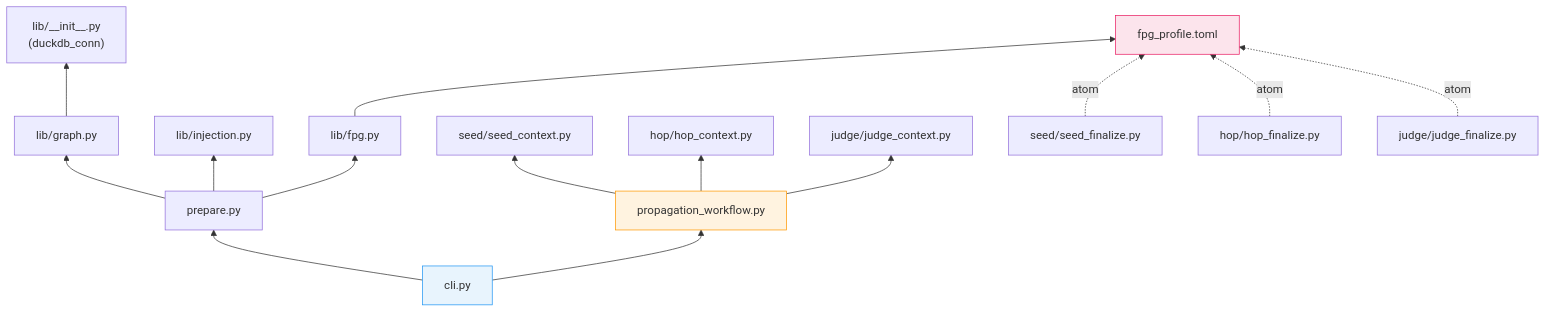
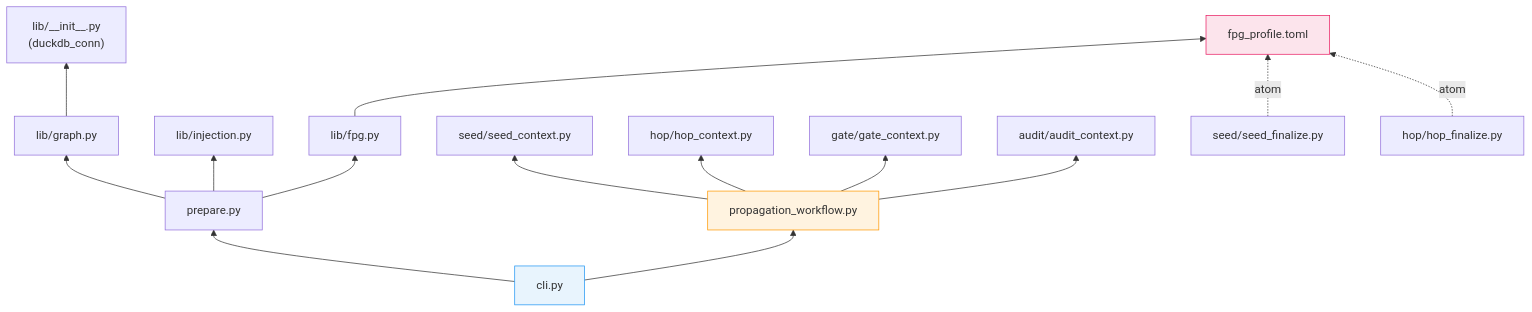
The fourth of 5 diagrams in contrib/scenarios/verifier/README.md (Lincyaw/AgentM), drawn with Mermaid before and after one commit. The commit also changed other lines of this file and 17 other files, not shown here.

Commit message:
Improve verifier gate and audit workflow

````diff
--- a/contrib/scenarios/verifier/README.md
+++ b/contrib/scenarios/verifier/README.md
@@ -189,20 +196,20 @@
 ```mermaid
 graph BT
     CLI["cli.py"] --> PREPARE["prepare.py"]
     CLI --> WF["propagation_workflow.py"]
     PREPARE --> LIB_G["lib/graph.py"]
     PREPARE --> LIB_I["lib/injection.py"]
     PREPARE --> LIB_F["lib/fpg.py"]
     LIB_G --> LIB_INIT["lib/__init__.py<br/>(duckdb_conn)"]
     WF --> SEED_CTX["seed/seed_context.py"]
     WF --> HOP_CTX["hop/hop_context.py"]
-    WF --> JUDGE_CTX["judge/judge_context.py"]
+    WF --> GATE_CTX["gate/gate_context.py"]
+    WF --> AUDIT_CTX["audit/audit_context.py"]
     SEED_FIN["seed/seed_finalize.py"] -.->|"atom"| FPG_PROF["fpg_profile.toml"]
     HOP_FIN["hop/hop_finalize.py"] -.->|"atom"| FPG_PROF
-    JUDGE_FIN["judge/judge_finalize.py"] -.->|"atom"| FPG_PROF
     LIB_F --> FPG_PROF
 
     style CLI fill:#e8f4fd,stroke:#2196f3
     style WF fill:#fff3e0,stroke:#ff9800
     style FPG_PROF fill:#fce4ec,stroke:#e91e63
 ```
````
